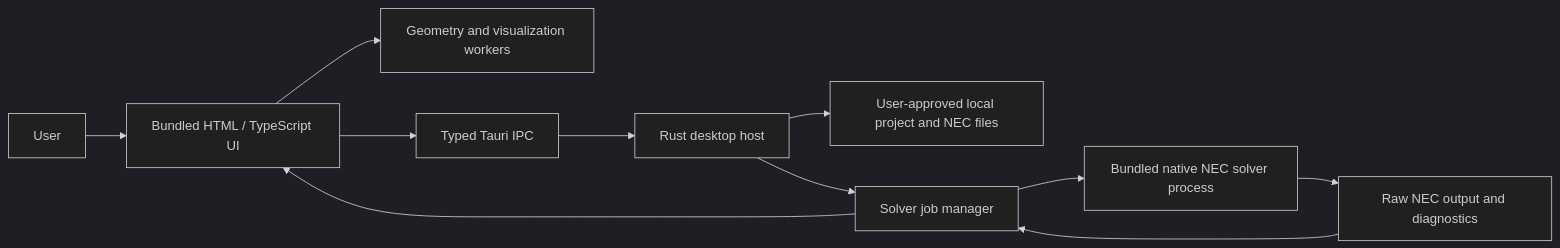
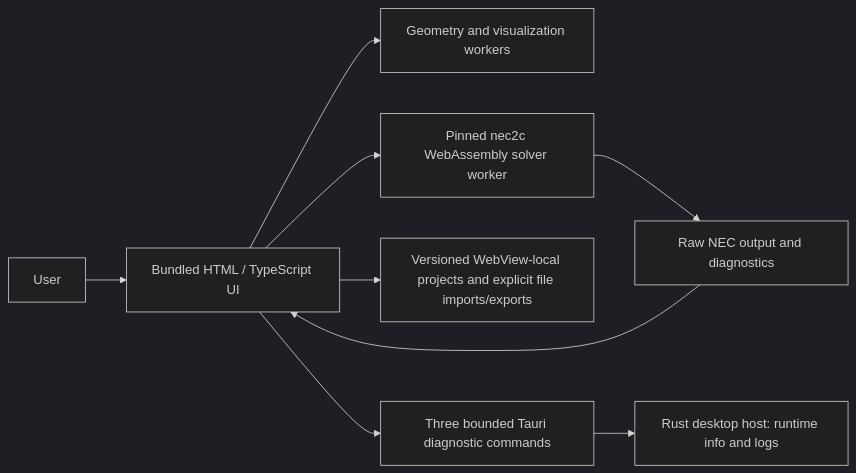
Before and after one commit to MM0OPX-Projects/HF-Antenna-Studio: the diagram in docs/ARCHITECTURE.md, drawn with Mermaid (dark theme). The commit also changed other lines of this file and 54 other files, not shown here.

````diff
--- a/docs/ARCHITECTURE.md
+++ b/docs/ARCHITECTURE.md
@@ -54,13 +54,11 @@
 ```mermaid
 flowchart LR
     U["User"] --> UI["Bundled HTML / TypeScript UI"]
     UI --> W["Geometry and visualization workers"]
-    UI --> IPC["Typed Tauri IPC"]
-    IPC --> H["Rust desktop host"]
-    H --> F["User-approved local project and NEC files"]
-    H --> J["Solver job manager"]
-    J --> S["Bundled native NEC solver process"]
+    UI --> S["Pinned nec2c WebAssembly solver worker"]
     S --> O["Raw NEC output and diagnostics"]
-    O --> J
-    J --> UI
+    O --> UI
+    UI --> L["Versioned WebView-local projects and explicit file imports/exports"]
+    UI --> IPC["Three bounded Tauri diagnostic commands"]
+    IPC --> H["Rust desktop host: runtime info and logs"]
 ```
````
